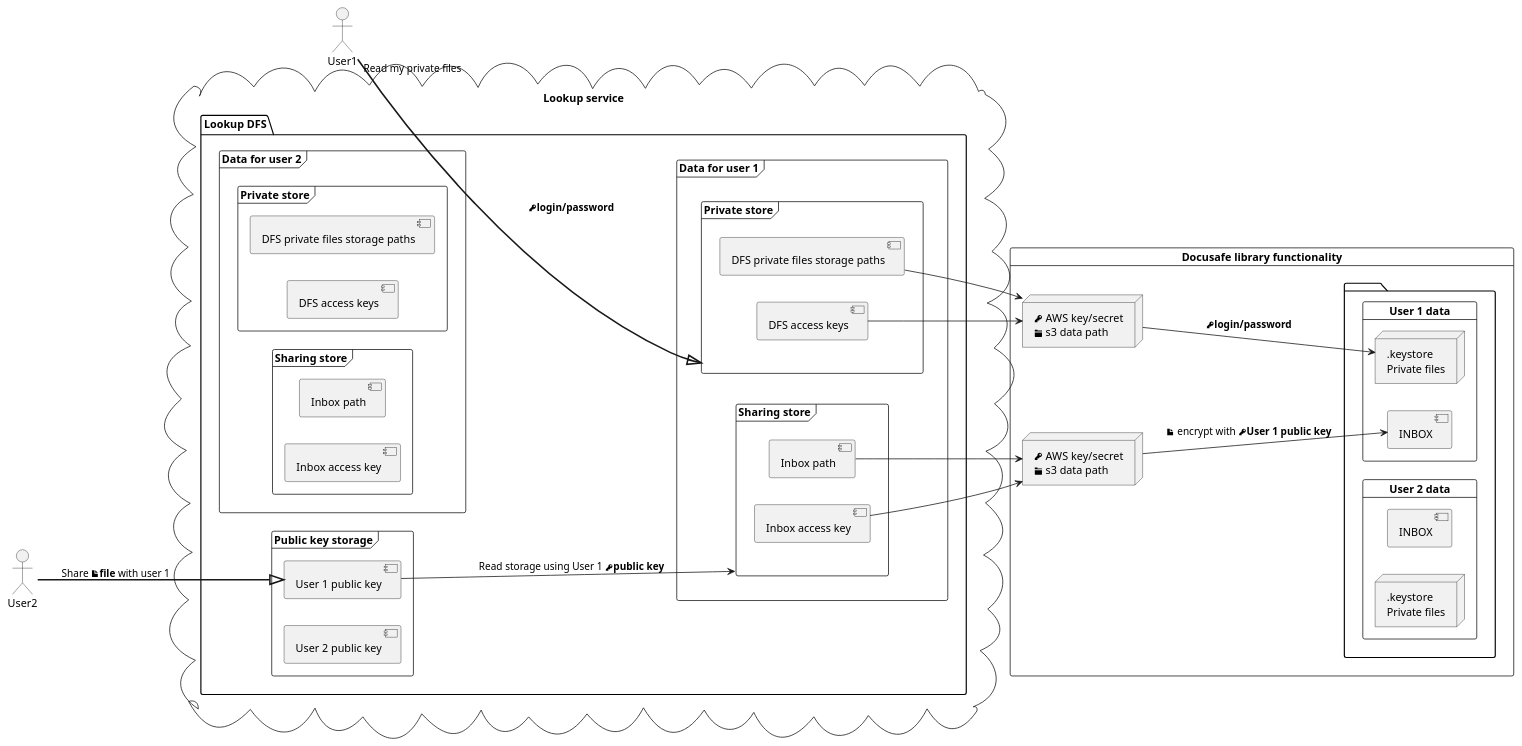
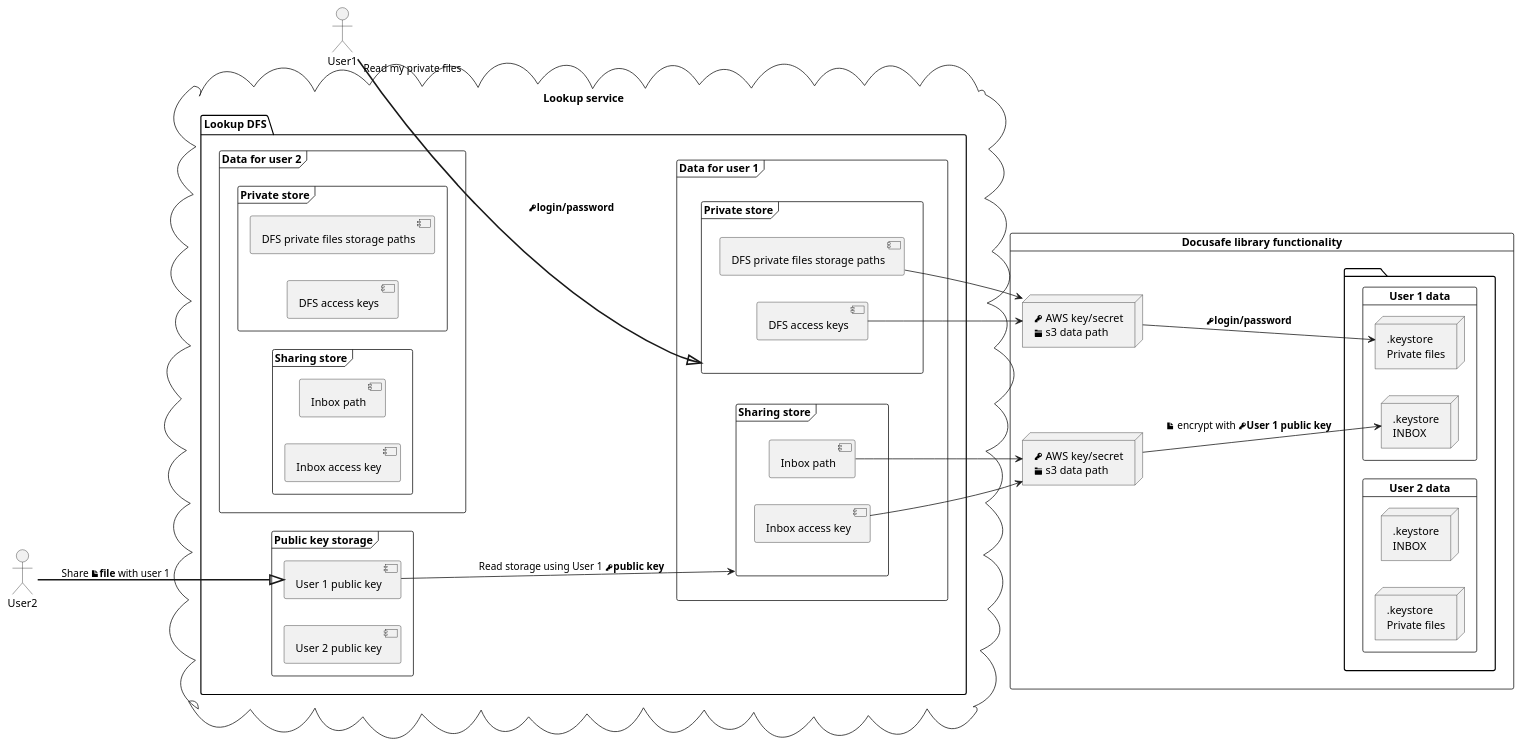
One commit to valb3r/docusafe changed the diagram in diagrams/generic_view.puml. Above: the diagram before and after it, drawn with PlantUML. The commit also changed 3 other files, not shown here.

Commit message:
Added INBOX read sequence

```diff
--- a/diagrams/generic_view.puml
+++ b/diagrams/generic_view.puml
@@ -1,83 +1,89 @@
 @startuml
 cloud "Lookup service" {
   package "Lookup DFS" {
   left to right direction
     frame "Data for user 1" {
 
       frame "Private store" as privateStoreUser1 {
         [DFS private files storage paths] as mapPrivate1
         [DFS access keys] as privateAccessKey1
       }
 
       frame "Sharing store" as sharingStoreUser1 {
         [Inbox path] as mapInbox1
         [Inbox access key] as publicAccessKey1
       }
     }
 
     frame "Data for user 2" {
 
       frame "Private store" as privateStoreUser2 {
         [DFS private files storage paths] as mapPrivate2
         [DFS access keys] as privateAccessKey2
       }
 
       frame "Sharing store" as sharingStoreUser2 {
         [Inbox path] as mapInbox2
         [Inbox access key] as publicAccessKey2
       }
     }
 
     frame "Public key storage" {
       left to right direction
       [User 1 public key] as user1publicKey
       [User 2 public key] as user2publicKey
     }
   }
 }
 
 actor User1 as user1
 actor User2 as user2
 
 card "Docusafe library functionality" {
 package {
   card "User 1 data" as User1data {
-    [INBOX] as inboxUsr1
+    node inboxUsr1 [
+      .keystore
+      INBOX
+    ]
     node filesUsr1 [
       .keystore
       Private files
     ]
   }
 
   card "User 2 data" as User2data {
-    [INBOX] as inboxUsr2
+    node inboxUsr2 [
+      .keystore
+      INBOX
+    ]
     node filesUsr2 [
       .keystore
       Private files
     ]
   }
 }
 
 
 node user1privateFilesAccess [
 <&key> AWS key/secret
 <&folder> s3 data path
 ]
 
 user1 ==^ privateStoreUser1 : "Read my private files" **<&key>login/password**
 mapPrivate1 --> user1privateFilesAccess
 privateAccessKey1 --> user1privateFilesAccess
 user1privateFilesAccess --> filesUsr1 :  **<&key>login/password**
 
 node user2shareFilesAccess [
 <&key> AWS key/secret
 <&folder> s3 data path
 ]
 
 user2 ==^ user1publicKey : Share **<&file>file** with user 1
 user1publicKey --> sharingStoreUser1 : Read storage using User 1 **<&key>public key**
 mapInbox1 --> user2shareFilesAccess
 publicAccessKey1 --> user2shareFilesAccess
 user2shareFilesAccess --> inboxUsr1 : <&file> encrypt with **<&key>User 1 public key**
 }
 @enduml
```
